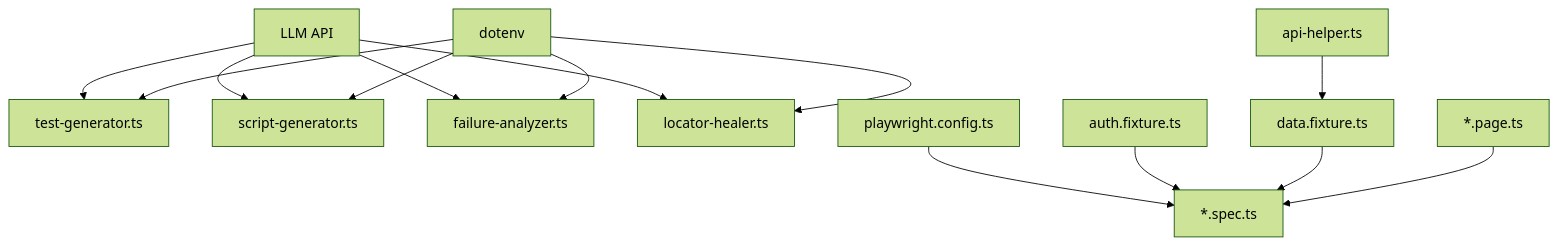
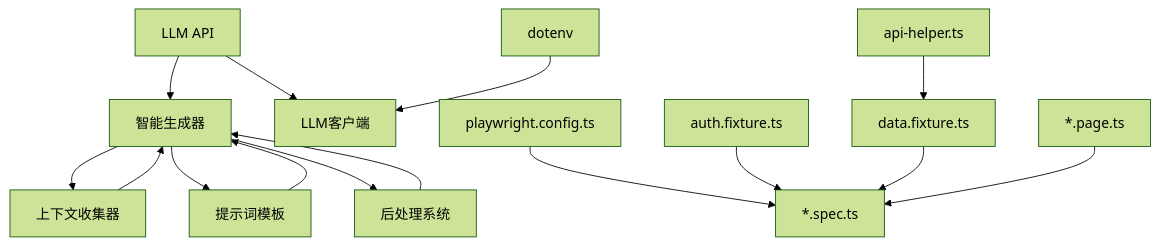
Before and after one commit to zzgoviziwind/--playwright: the ninth of 9 diagrams in .qoder/repowiki/zh/content/AI测试生成系统/AI测试脚本生成器.md, drawn with Mermaid (forest theme). The commit also changed other lines of this file and 112 other files, not shown here.

````diff
--- a/.qoder/repowiki/zh/content/AI测试生成系统/AI测试脚本生成器.md
+++ b/.qoder/repowiki/zh/content/AI测试生成系统/AI测试脚本生成器.md
@@ -379,16 +581,17 @@
 ```mermaid
 graph TB
-LLM["LLM API"] --> TG["test-generator.ts"]
-LLM --> SG["script-generator.ts"]
-LLM --> FA["failure-analyzer.ts"]
-LLM --> LH["locator-healer.ts"]
-DOTENV["dotenv"] --> TG
-DOTENV --> SG
-DOTENV --> FA
-DOTENV --> LH
+LLM["LLM API"] --> SG["智能生成器"]
+LLM --> LLMClient["LLM客户端"]
+DOTENV["dotenv"] --> LLMClient
+SG --> CC["上下文收集器"]
+SG --> PT["提示词模板"]
+SG --> PP["后处理系统"]
+CC --> SG
+PT --> SG
+PP --> SG
 CFG["playwright.config.ts"] --> TESTS["*.spec.ts"]
 FIX_AUTH["auth.fixture.ts"] --> TESTS
 FIX_DATA["data.fixture.ts"] --> TESTS
 API["api-helper.ts"] --> FIX_DATA
 PAGE_CLASSES["*.page.ts"] --> TESTS
 ```
````
